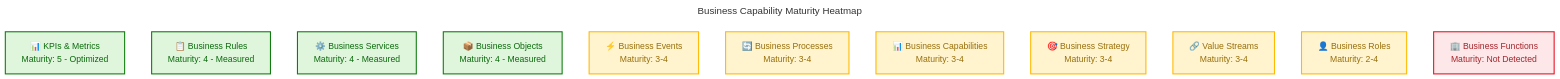
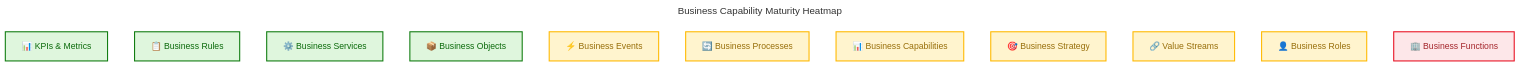
Before and after one commit to Evilazaro/Azure-LogicApps-Monitoring: the third of 7 diagrams in docs/architecture/business-architecture.md, drawn with Mermaid. The commit also changed other lines of this file, not shown here.

````diff
--- a/docs/architecture/business-architecture.md
+++ b/docs/architecture/business-architecture.md
@@ -343,45 +331,45 @@
 ```mermaid
 ---
 title: Business Capability Maturity Heatmap
 config:
   theme: base
   look: classic
   layout: dagre
   themeVariables:
     fontSize: '16px'
 ---
 flowchart TB
     accTitle: Business Capability Maturity Heatmap
     accDescr: Visual heatmap showing maturity levels across all 11 business component types using color-coded indicators
 
     %% ═══════════════════════════════════════════════════════════════════════════
     %% AZURE / FLUENT ARCHITECTURE PATTERN v1.1
     %% (Semantic + Structural + Font + Accessibility Governance)
     %% ═══════════════════════════════════════════════════════════════════════════
     %% PHASE 1 - STRUCTURAL: Direction explicit, flat topology, nesting ≤ 3
     %% PHASE 2 - SEMANTIC: Colors justified, max 5 semantic classes, neutral-first
     %% PHASE 3 - FONT: Dark text on light backgrounds, contrast ≥ 4.5:1
     %% PHASE 4 - ACCESSIBILITY: accTitle/accDescr present, icons on all nodes
     %% PHASE 5 - STANDARD: Governance block present, classDefs centralized
     %% ═══════════════════════════════════════════════════════════════════════════
 
-    KPI["📊 KPIs & Metrics\nMaturity: 5 - Optimized"]:::success
-    BR["📋 Business Rules\nMaturity: 4 - Measured"]:::success
-    BS["⚙️ Business Services\nMaturity: 4 - Measured"]:::success
-    BO["📦 Business Objects\nMaturity: 4 - Measured"]:::success
-    BE["⚡ Business Events\nMaturity: 3-4"]:::warning
-    BP["🔄 Business Processes\nMaturity: 3-4"]:::warning
-    BC["📊 Business Capabilities\nMaturity: 3-4"]:::warning
-    ST["🎯 Business Strategy\nMaturity: 3-4"]:::warning
-    VS["🔗 Value Streams\nMaturity: 3-4"]:::warning
-    RA["👤 Business Roles\nMaturity: 2-4"]:::warning
-    BF["🏢 Business Functions\nMaturity: Not Detected"]:::danger
+    KPI["📊 KPIs & Metrics"]:::success
+    BR["📋 Business Rules"]:::success
+    BS["⚙️ Business Services"]:::success
+    BO["📦 Business Objects"]:::success
+    BE["⚡ Business Events"]:::warning
+    BP["🔄 Business Processes"]:::warning
+    BC["📊 Business Capabilities"]:::warning
+    ST["🎯 Business Strategy"]:::warning
+    VS["🔗 Value Streams"]:::warning
+    RA["👤 Business Roles"]:::warning
+    BF["🏢 Business Functions"]:::danger
 
     classDef neutral fill:#FAFAFA,stroke:#8A8886,stroke-width:2px,color:#323130
     classDef core fill:#DEECF9,stroke:#0078D4,stroke-width:2px,color:#004578
     classDef success fill:#DFF6DD,stroke:#107C10,stroke-width:2px,color:#0B6A0B
     classDef warning fill:#FFF4CE,stroke:#FFB900,stroke-width:2px,color:#986F0B
     classDef danger fill:#FDE7E9,stroke:#E81123,stroke-width:2px,color:#A4262C
     classDef data fill:#E1DFDD,stroke:#8378DE,stroke-width:2px,color:#5B5FC7
     classDef external fill:#F3F2F1,stroke:#605E5C,stroke-width:2px,color:#323130
 ```
````
